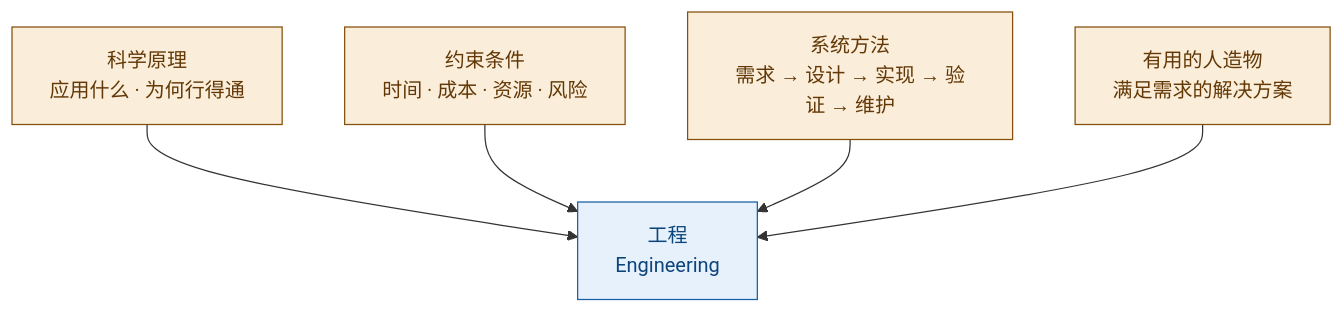
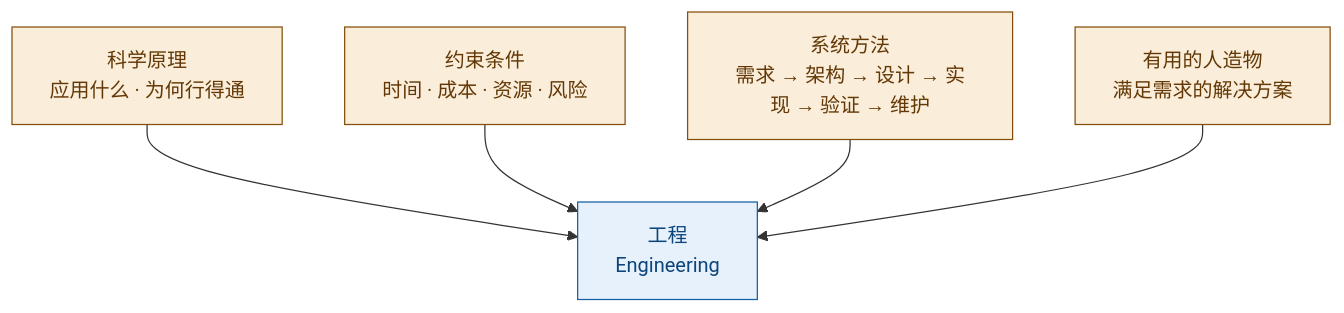
One commit to Yongjunzhou/AOS-system-design changed the first of 10 diagrams in 100-subprojects/01-系统工程研究/00-系统工程相关研究报告/05-工程概念研究报告-从定义到系统思维.md. Above: the diagram before and after it, drawn with Mermaid. The commit also changed other lines of this file and 45 other files, not shown here.

````diff
--- a/100-subprojects/01-系统工程研究/00-系统工程相关研究报告/05-工程概念研究报告-从定义到系统思维.md
+++ b/100-subprojects/01-系统工程研究/00-系统工程相关研究报告/05-工程概念研究报告-从定义到系统思维.md
@@ -35,17 +35,17 @@
 ```mermaid
 flowchart TD
     E["工程<br/>Engineering"]
     S["科学原理<br/>应用什么 · 为何行得通"]
     C["约束条件<br/>时间 · 成本 · 资源 · 风险"]
-    M["系统方法<br/>需求 → 设计 → 实现 → 验证 → 维护"]
+    M["系统方法<br/>需求 → 架构 → 设计 → 实现 → 验证 → 维护"]
     P["有用的人造物<br/>满足需求的解决方案"]
     S --> E
     C --> E
     M --> E
     P --> E
     style E fill:#E6F1FB,stroke:#185FA5,color:#0C447C
     style S fill:#FAEEDA,stroke:#854F0B,color:#633806
     style C fill:#FAEEDA,stroke:#854F0B,color:#633806
     style M fill:#FAEEDA,stroke:#854F0B,color:#633806
     style P fill:#FAEEDA,stroke:#854F0B,color:#633806
 ```
````
